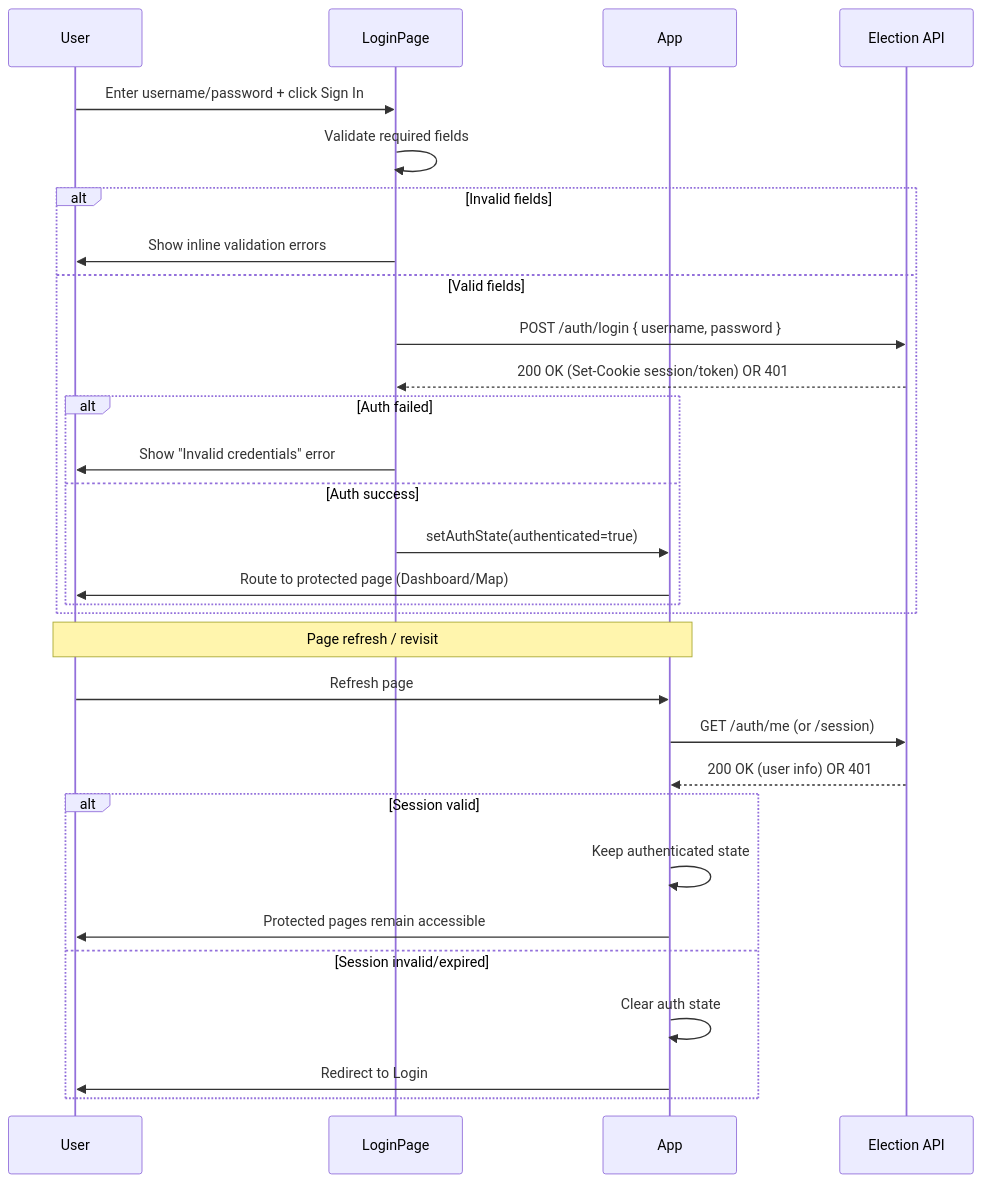
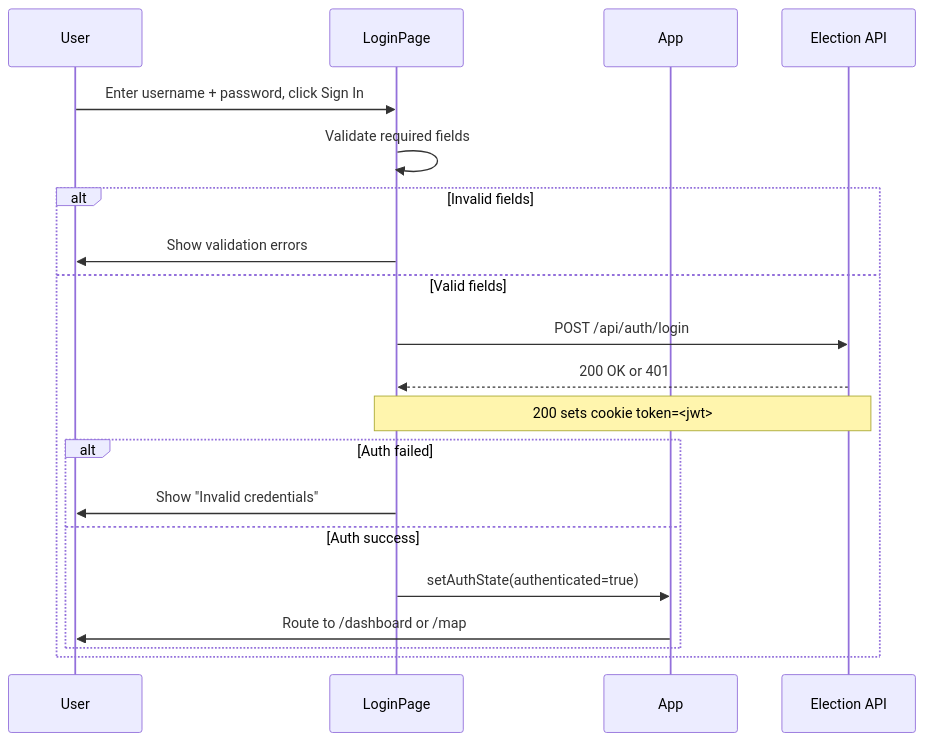
One commit to shannenlolol/SG_Election_App_SL changed the first of 12 diagrams in docs/Software Design Description.md. Above: the diagram before and after it, drawn with Mermaid. The commit also changed other lines of this file and 3 other files, not shown here.

````diff
--- a/docs/Software Design Description.md
+++ b/docs/Software Design Description.md
@@ -38,37 +38,26 @@
 ```mermaid
 sequenceDiagram
     participant User
     participant LoginPage
     participant App
     participant ElectionAPI as Election API
 
-    User->>LoginPage: Enter username/password + click Sign In
+    User->>LoginPage: Enter username + password, click Sign In
     LoginPage->>LoginPage: Validate required fields
 
     alt Invalid fields
-        LoginPage->>User: Show inline validation errors
+        LoginPage->>User: Show validation errors
     else Valid fields
-        LoginPage->>ElectionAPI: POST /auth/login { username, password }
-        ElectionAPI-->>LoginPage: 200 OK (Set-Cookie session/token) OR 401
+        LoginPage->>ElectionAPI: POST /api/auth/login
+        ElectionAPI-->>LoginPage: 200 OK or 401
+        Note over ElectionAPI,LoginPage: 200 sets cookie token=<jwt>
 
         alt Auth failed
-            LoginPage->>User: Show "Invalid credentials" error
+            LoginPage->>User: Show "Invalid credentials"
         else Auth success
             LoginPage->>App: setAuthState(authenticated=true)
-            App->>User: Route to protected page (Dashboard/Map)
+            App->>User: Route to /dashboard or /map
         end
     end
 
-    Note over User,App: Page refresh / revisit
-    User->>App: Refresh page
-    App->>ElectionAPI: GET /auth/me (or /session)
-    ElectionAPI-->>App: 200 OK (user info) OR 401
-
-    alt Session valid
-        App->>App: Keep authenticated state
-        App->>User: Protected pages remain accessible
-    else Session invalid/expired
-        App->>App: Clear auth state
-        App->>User: Redirect to Login
-    end
 ```
````
